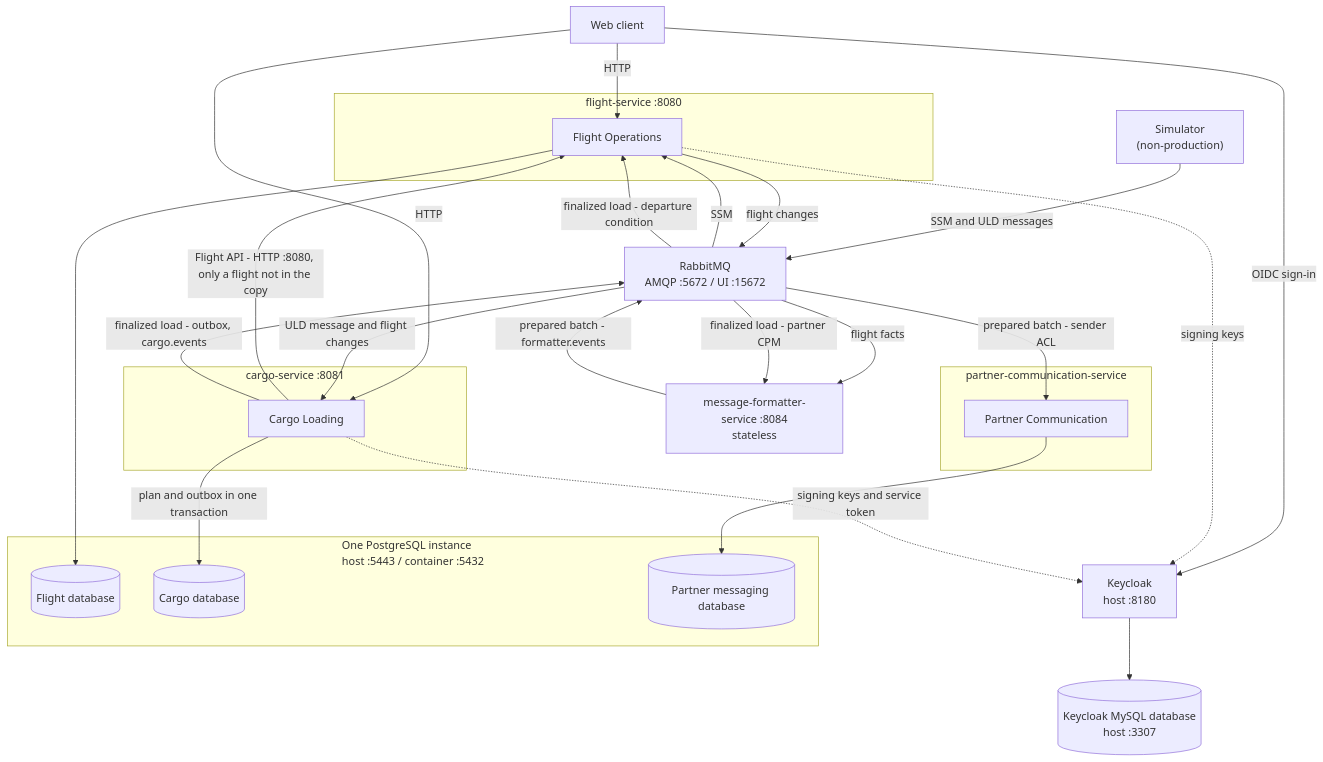
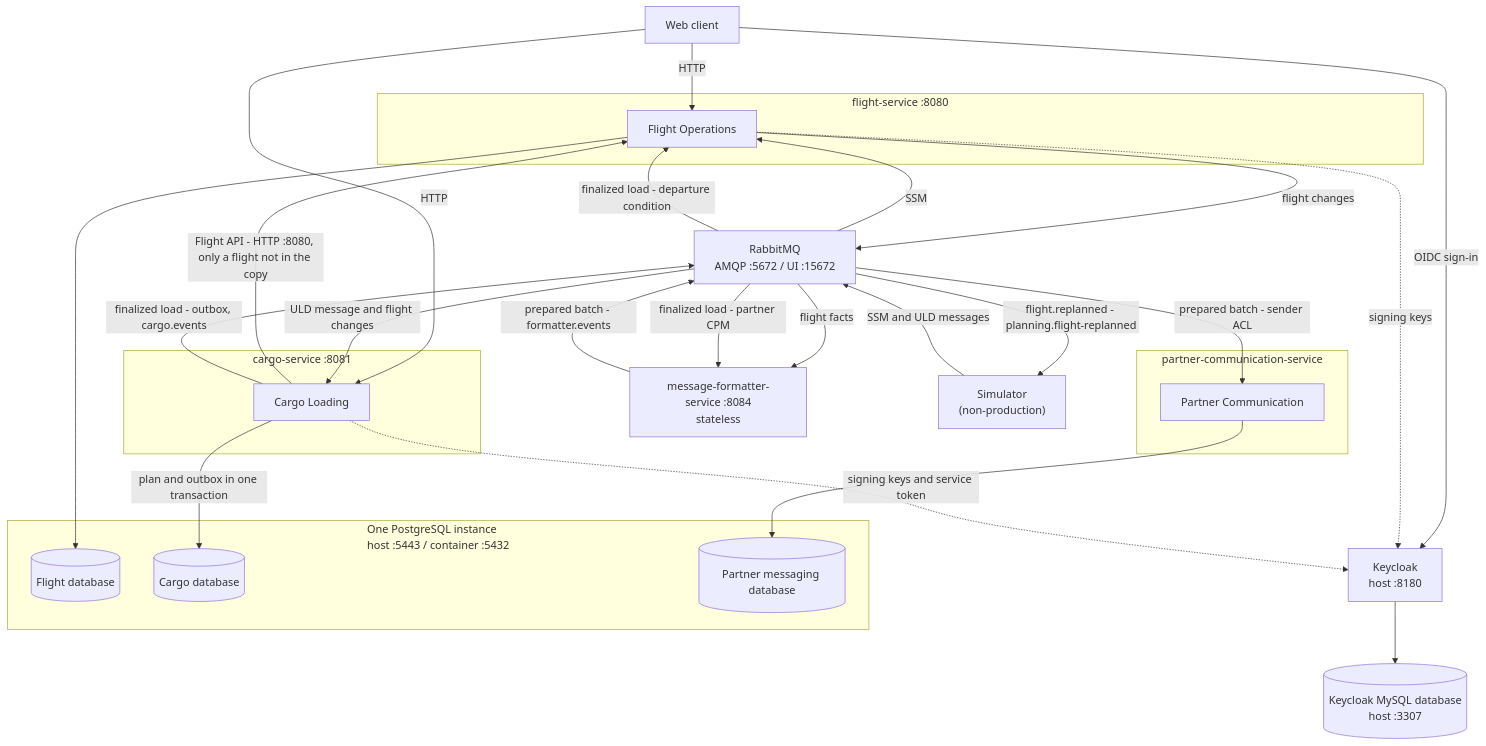
One commit to ebhd/air-freight-operations changed the third of 9 diagrams in architecture/analyse.md. Above: the diagram before and after it, drawn with Mermaid. The commit also changed other lines of this file and 1 other file, not shown here.

Commit message:
Document flight replanning

````diff
--- a/architecture/analyse.md
+++ b/architecture/analyse.md
@@ -110,42 +115,43 @@
 ```mermaid
 flowchart TB
     Client["Web client"] -->|HTTP| F
     Client -->|HTTP| C
     Client -->|OIDC sign-in| IAM["Keycloak<br/>host :8180"]
 
     subgraph FS["flight-service :8080"]
         F["Flight Operations"]
     end
     subgraph CS["cargo-service :8081"]
         C["Cargo Loading"]
     end
     subgraph PS["partner-communication-service"]
         P["Partner Communication"]
     end
     subgraph PG["One PostgreSQL instance<br/>host :5443 / container :5432"]
         FDB[("Flight database")]
         CDB[("Cargo database")]
         PDB[("Partner messaging database")]
     end
 
     MF["message-formatter-service :8084<br/>stateless"]
     F --> FDB
     C -->|plan and outbox in one transaction| CDB
     P --> PDB
     C -->|Flight API - HTTP :8080, only a flight not in the copy| F
 
     Sim["Simulator<br/>(non-production)"] -->|SSM and ULD messages| MQ["RabbitMQ<br/>AMQP :5672 / UI :15672"]
+    MQ -->|flight.replanned - planning.flight-replanned| Sim
     MQ -->|SSM| F
     MQ -->|ULD message and flight changes| C
     F -->|flight changes| MQ
     C -->|finalized load - outbox, cargo.events| MQ
     MQ -->|flight facts| MF
     MF -->|prepared batch - formatter.events| MQ
     MQ -->|prepared batch - sender ACL| P
     MQ -->|finalized load - partner CPM| MF
     MQ -->|finalized load - departure condition| F
 
     IAM --> KDB[("Keycloak MySQL database<br/>host :3307")]
     F -.->|signing keys| IAM
     C -.->|signing keys and service token| IAM
 ```
````
